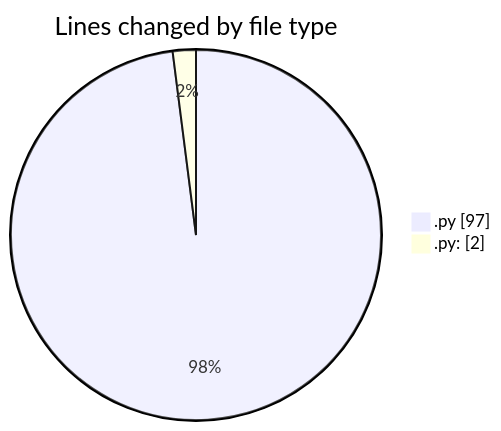
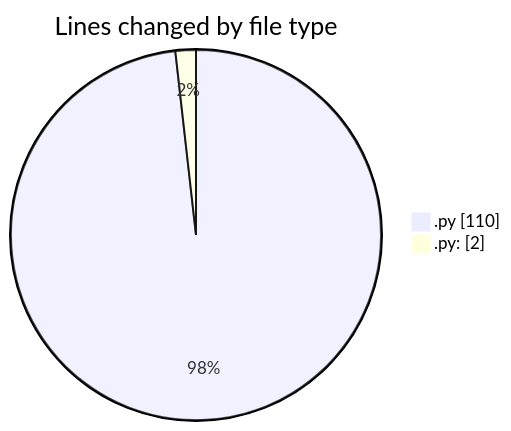
One commit to momahboobian/code-tracking changed the first of 2 diagrams in 2025-02-22/samplepdf/README.md. Above: the diagram before and after it, drawn with Mermaid. The commit also changed other lines of this file and 1 other file, not shown here.

````diff
--- a/2025-02-22/samplepdf/README.md
+++ b/2025-02-22/samplepdf/README.md
@@ -22,6 +22,6 @@
 ```mermaid
 pie showData
 title Lines changed by file type
-".py" : 97
+".py" : 110
 ".py:" : 2
 ```
````
